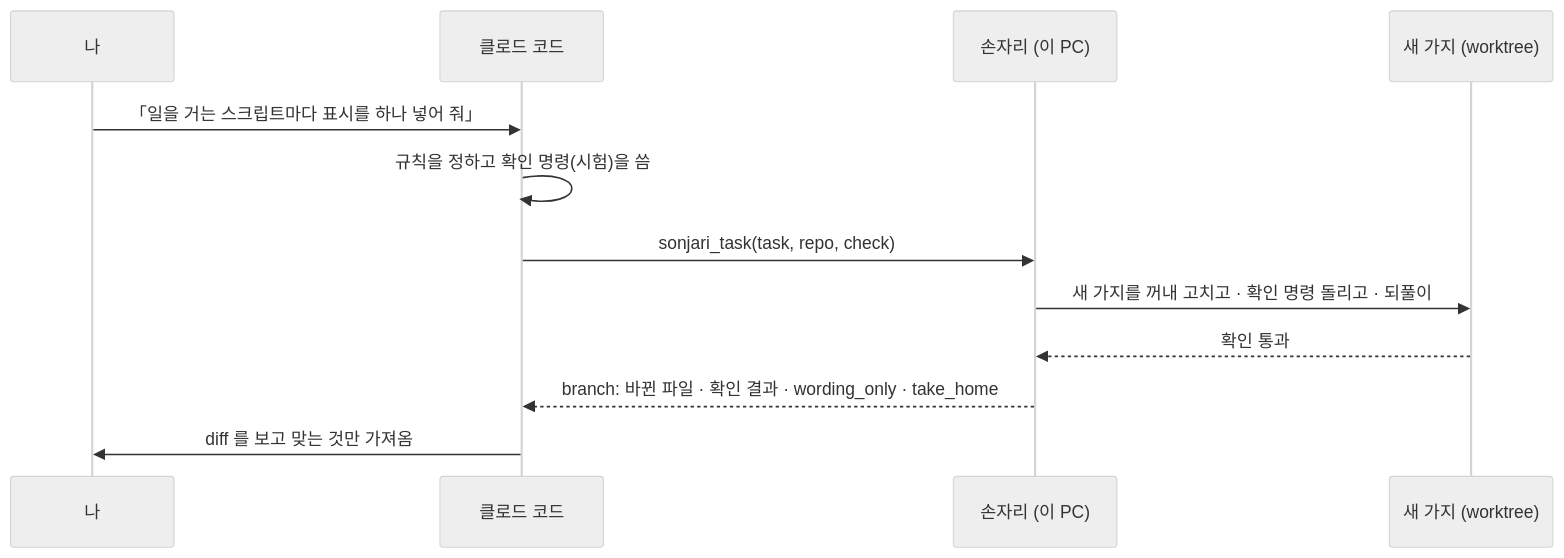
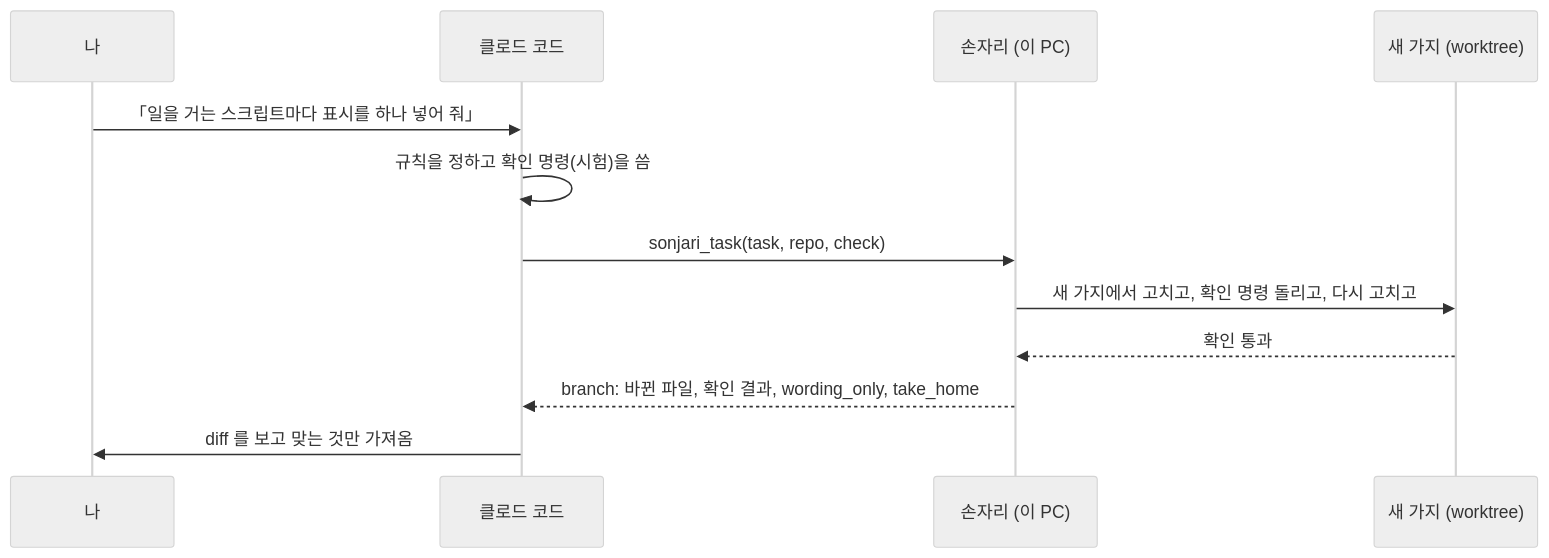
Before and after one commit to sonjari/sonjari: the second of 2 diagrams in docs/guide/workflows.ko.md, drawn with Mermaid (neutral theme). The commit also changed other lines of this file, not shown here.

Commit message:
docs: rewrite the Korean workflows guide in plainer Korean (same facts, tables and diagrams)

````diff
--- a/docs/guide/workflows.ko.md
+++ b/docs/guide/workflows.ko.md
@@ -67,14 +67,14 @@
 ```mermaid
 sequenceDiagram
     participant U as 나
     participant CC as 클로드 코드
     participant S as 손자리 (이 PC)
     participant B as 새 가지 (worktree)
     U->>CC: 「일을 거는 스크립트마다 표시를 하나 넣어 줘」
     CC->>CC: 규칙을 정하고 확인 명령(시험)을 씀
     CC->>S: sonjari_task(task, repo, check)
-    S->>B: 새 가지를 꺼내 고치고 · 확인 명령 돌리고 · 되풀이
+    S->>B: 새 가지에서 고치고, 확인 명령 돌리고, 다시 고치고
     B-->>S: 확인 통과
-    S-->>CC: branch: 바뀐 파일 · 확인 결과 · wording_only · take_home
+    S-->>CC: branch: 바뀐 파일, 확인 결과, wording_only, take_home
     CC->>U: diff 를 보고 맞는 것만 가져옴
 ```
````
